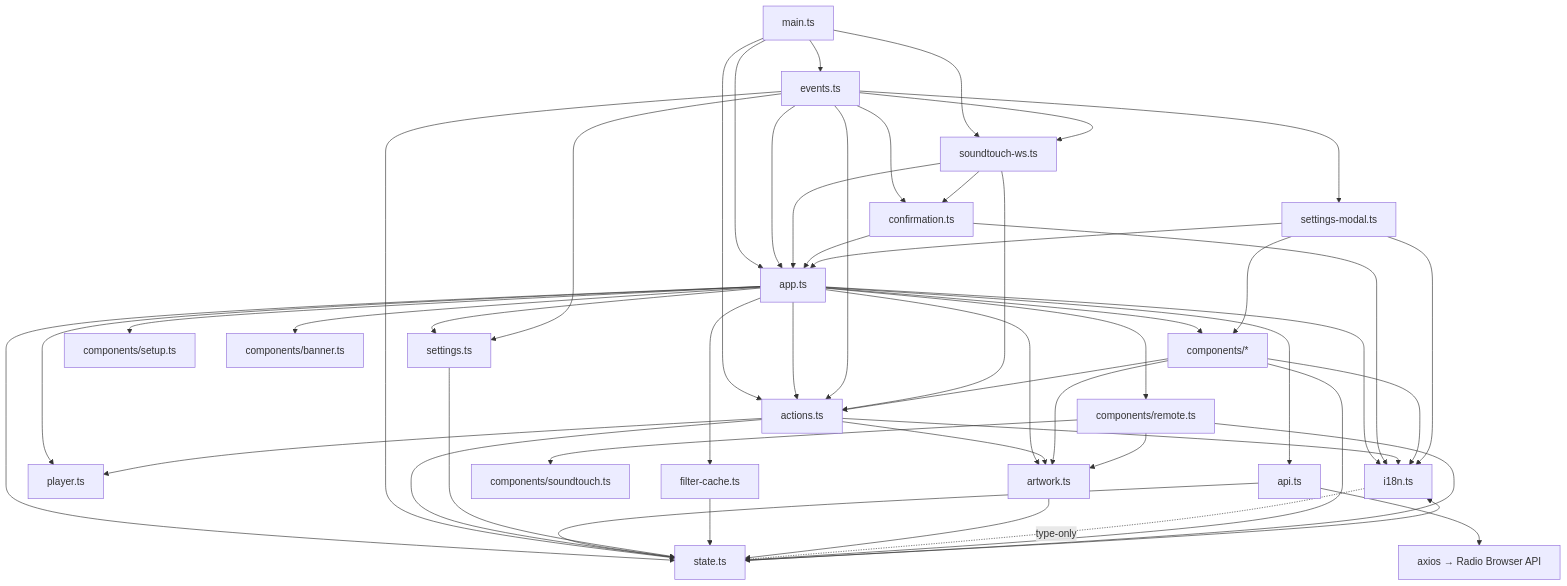
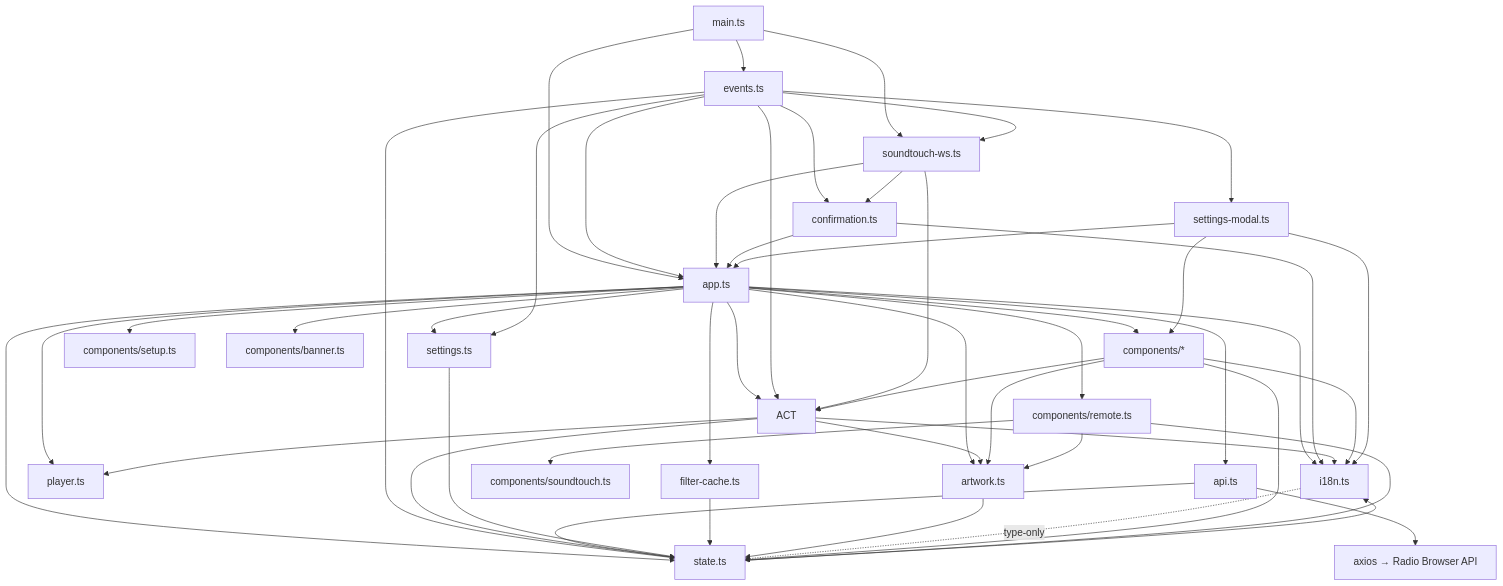
One commit to Makatumba/after-touch-radio-browser changed the diagram in ARCHITECTURE.md. Above: the diagram before and after it, drawn with Mermaid. The commit also changed other lines of this file and 2 other files, not shown here.

Commit message:
docs: sync ARCHITECTURE.md and language declarations with the code

````diff
--- a/ARCHITECTURE.md
+++ b/ARCHITECTURE.md
@@ -89,52 +91,51 @@
 ```mermaid
 graph TD
     MAIN[main.ts] --> APP[app.ts]
     MAIN --> EVT[events.ts]
-    MAIN --> ACT[actions.ts]
     MAIN --> WS[soundtouch-ws.ts]
     APP --> I18N[i18n.ts]
     APP --> ST[state.ts]
     APP --> PL[player.ts]
     APP --> API[api.ts]
     APP --> SET[settings.ts]
     APP --> FCACHE[filter-cache.ts]
     APP --> ART[artwork.ts]
     APP --> COMP[components/*]
     APP --> SETUP[components/setup.ts]
     APP --> BANNER[components/banner.ts]
     APP --> ACT
     APP --> REMOTE[components/remote.ts]
     EVT --> APP
     EVT --> ACT
     EVT --> SET
     EVT --> ST
     EVT --> WS
     WS --> APP
     WS --> ACT
     EVT --> CONF[confirmation.ts]
     WS --> CONF
     CONF --> APP
     CONF --> I18N
     ACT --> ST
     ACT --> I18N
     ACT --> PL
     ACT --> ART
     API --> ST
     API --> AXIOS[axios → Radio Browser API]
     SET --> ST
     FCACHE --> ST
     ART --> ST
     ST --> I18N
     I18N -.-> |type-only| ST
     COMP --> ST
     COMP --> I18N
     COMP --> ACT
     COMP --> ART
     REMOTE --> ST
     REMOTE --> ART
     REMOTE --> STC[components/soundtouch.ts]
     EVT --> SM[settings-modal.ts]
     SM --> APP
     SM --> I18N
     SM --> COMP
 ```
````
